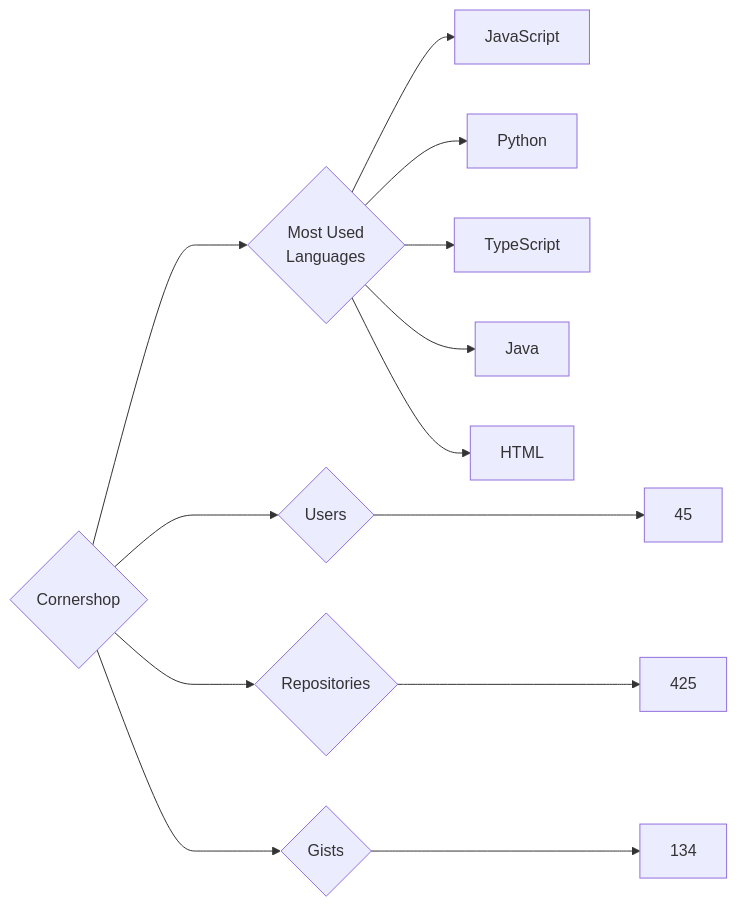
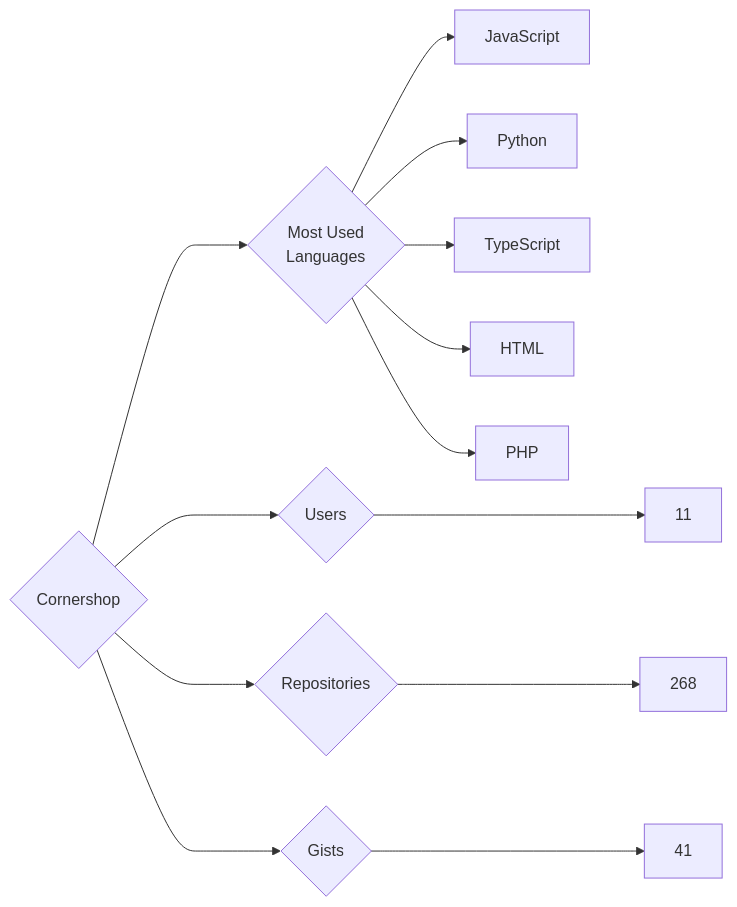
The diagram in targets/Cornershop/README.md (trickest/insiders), drawn with Mermaid before and after one commit. The commit also changed 444 other files, not shown here.

````diff
--- a/targets/Cornershop/README.md
+++ b/targets/Cornershop/README.md
@@ -3,13 +3,13 @@
 ```mermaid
 graph LR
 COMPANY_NAME{Cornershop}
-COMPANY_NAME ---> U{Users} ---> UN[45]
-COMPANY_NAME ---> R{Repositories} ---> RN[425]
-COMPANY_NAME ---> G{Gists} ---> GN[134]
+COMPANY_NAME ---> U{Users} ---> UN[11]
+COMPANY_NAME ---> R{Repositories} ---> RN[268]
+COMPANY_NAME ---> G{Gists} ---> GN[41]
 COMPANY_NAME ---> ML{Most Used<br>Languages}
 ML --> JavaScript[JavaScript]
 ML --> Python[Python]
 ML --> TypeScript[TypeScript]
-ML --> Java[Java]
 ML --> HTML[HTML]
+ML --> PHP[PHP]
 ```
````
